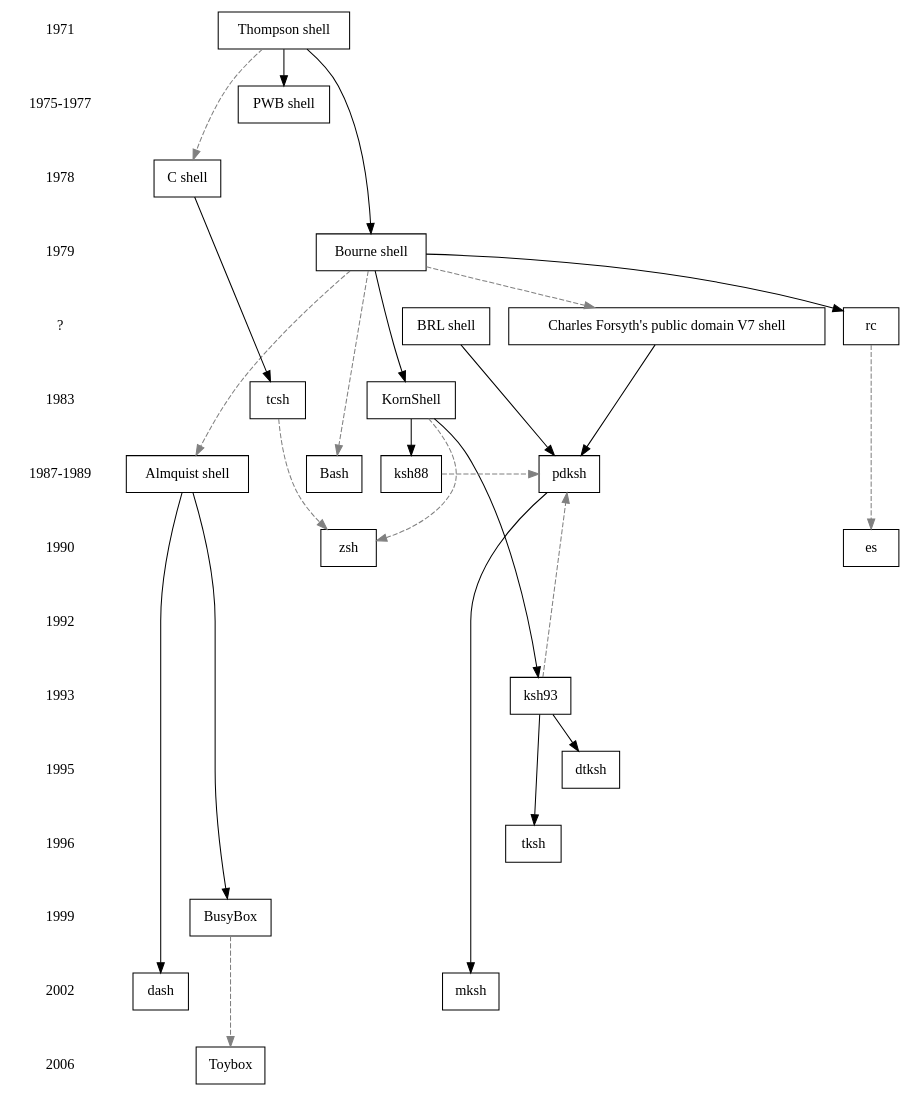
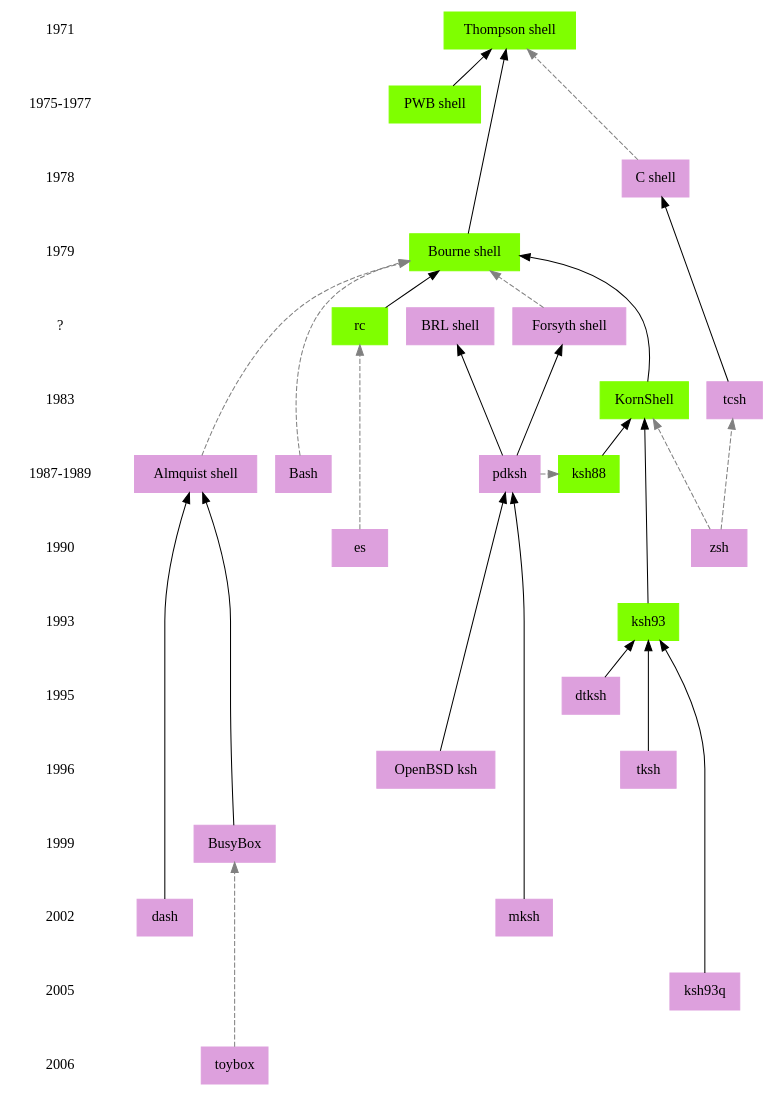
One commit to marcpaq/shellancestry changed the diagram in shellancestry.gv. Above: the diagram before and after it, drawn with Graphviz.

Commit message:
Added OpenBSD ksh, license colours, corrected ksh93.

```diff
--- a/shellancestry.gv
+++ b/shellancestry.gv
@@ -1,98 +1,138 @@
 digraph shells {
 
-    {
+{
         edge [ style = invis; ]
-            node [ shape = plaintext; ]
-            1971 -> "1975-1977" -> 1978 -> 1979 -> "?" -> 1983 -> "1987-1989" -> 1990 -> 1992 -> 1993 -> 1995 -> 1996 ->1999 -> 2002 -> 2006;
-    }
+        node [ shape = plaintext; ]
+        1971 -> "1975-1977" -> 1978 -> 1979 -> "?" -> 1983 -> "1987-1989" -> 1990 -> 1993 -> 1995 -> 1996 ->1999 -> 2002 -> 2005 -> 2006;
+}
 
-    edge [ style = solid; ]
-    node [ shape = box; ]
+edge [ style = solid; ]
+node [ shape = box; ]
 
-    /* https://en.wikipedia.org/wiki/Thompson_shell */
-    { rank = same; 1971; "Thompson shell"; }
-    "Thompson shell" -> "Bourne shell";
-    "Thompson shell" -> "PWB shell";
+/*
 
-    /* https://en.wikipedia.org/wiki/PWB_shell */
-    { rank = same; "1975-1977"; "PWB shell"; }
+Proprietary licenses
 
-    /* https://en.wikipedia.org/wiki/C_shell */
-    { rank = same; 1978; "C shell"; }
-    "C shell" -> tcsh;
-    
-    /* https://en.wikipedia.org/wiki/Bourne_shell */
-    { rank = same; 1979; "Bourne shell"; }
-    "Bourne shell" -> "KornShell";
-    "Bourne shell" -> "rc";
+*/
+node [ style=filled, color=chartreuse ];
 
-    /* https://web.archive.org/web/20040216045828/web.cs.mun.ca/~michael/pdksh/ */
-    { rank = same; "?"; "Charles Forsyth's public domain V7 shell"; "BRL shell"; }
-    { "Charles Forsyth's public domain V7 shell" -> pdksh; }
-    { "BRL shell" -> pdksh; }
+/* https://en.wikipedia.org/wiki/Thompson_shell */
+{ rank = same; 1971; "Thompson shell"; }
 
-    /* https://groups.google.com/forum/?hl=en#!msg/net.sources/BC0V7oosT8k/MKNdzEG_c3AJ */
-    { rank = same; 1983; tcsh; }
+/* https://en.wikipedia.org/wiki/PWB_shell */
+/* https://grosskurth.ca/bib/1976/mashey-command.pdf */
+/* https://groups.google.com/forum/#!original/net.unix-wizards/k1FW4s0X7jw/4GNAGTPHLXQJ */
+{ rank = same; "1975-1977"; "PWB shell"; }
 
-    /* https://en.wikipedia.org/wiki/KornShell */
-    { rank = same; 1983; "KornShell"; }
-    "KornShell" -> "ksh88";
-    "KornShell" -> "ksh93";
-    { rank = same; "1987-1989"; "ksh88"; }
-    { rank = same; 1993; "ksh93"; }
-    "ksh93" -> dtksh;
-    "ksh93" -> tksh;
+/* https://en.wikipedia.org/wiki/Bourne_shell */
+{ rank = same; 1979; "Bourne shell"; }
 
-    /* https://en.wikipedia.org/wiki/Almquist_shell */
-    { rank = same; "1987-1989"; "Almquist shell"; }
-    "Almquist shell" -> dash;
-    "Almquist shell" -> BusyBox;
+/* https://en.wikipedia.org/wiki/Plan_9_from_Bell_Labs */
+{ rank = same; "?" ; rc; }
 
-    { rank = same; 2002; dash; }
+/* https://en.wikipedia.org/wiki/KornShell */
+{ rank = same; 1983; "KornShell"; }
+{ rank = same; "1987-1989"; "ksh88"; }
 
-    /* https://web.archive.org/web/20040216045828/web.cs.mun.ca/~michael/pdksh/ */
-    /* https://web.archive.org/web/20040227010520/http://web.cs.mun.ca:80/~michael/pdksh/CONTRIBUTORS */
-    { rank = same; "1987-1989"; pdksh; }
-    pdksh -> mksh;
-    
-    /* https://en.wikipedia.org/wiki/Bash_(Unix_shell) */
-    { rank = same; "1987-1989"; Bash; }
+/* https://en.wikipedia.org/wiki/KornShell */
+{ rank = same; 1993; "ksh93"; }
 
-    /* https://stuff.mit.edu/afs/sipb/user/yandros/doc/es-usenix-winter93.html */
-    { rank = same; 1990; es; }
-    
-    /* https://groups.google.com/forum/#!msg/alt.sources/tVgN49u8Ax4/7VgQlHZ4bJMJ */
-    /* http://zsh.sourceforge.net/FAQ/zshfaq01.html#l1 */
-    { rank = same; 1990; zsh; }
+/*
 
-    /* https://en.wikipedia.org/wiki/Plan_9_from_Bell_Labs */
-    { rank = same; "?" ; rc; }
+Open, free, public licenses
 
-    /* https://books.google.ca/books?id=O6xQAAAAMAAJ&q=Desktop+Korn+Shell+Graphical+Programming+For+the+Common+Desktop+Environment+Version+1.0&dq=Desktop+Korn+Shell+Graphical+Programming+For+the+Common+Desktop+Environment+Version+1.0&hl=en&sa=X&ved=0ahUKEwjjg9Tp0MXeAhXK34MKHeoZB74Q6AEIKTAA */
-    { rank = same; 1995; dtksh; }
+*/
+node [ style=filled, color=plum ];
 
-    /* https://www.usenix.org/legacy/publications/library/proceedings/tcl96/full_papers/korn/index.html */
-    { rank = same; 1996; tksh; }
+/* https://en.wikipedia.org/wiki/C_shell */
+{ rank = same; 1978; "C shell"; }
 
-    /* https://en.wikipedia.org/wiki/BusyBox */
-    { rank = same; 1999; BusyBox; }
-    
-    /* https://en.wikipedia.org/wiki/MirOS_BSD */
-    { rank = same; 2002; mksh; }
+/* https://web.archive.org/web/20040216045828/web.cs.mun.ca/~michael/pdksh/ */
+{ rank = same; "?"; "Forsyth shell"; "BRL shell"; }
 
-    /* https://en.wikipedia.org/wiki/Toybox */
-    { rank = same; 2006; Toybox; }
-    
-    edge [ style = dashed; color = grey; ];
-    ksh88 -> pdksh;
-    ksh93 -> pdksh;
-    KornShell -> zsh;
-    tcsh -> zsh;
-    "Bourne shell" -> "Charles Forsyth's public domain V7 shell";
-    "Bourne shell" -> "Bash";
-    "Bourne shell" -> "Almquist shell";
-    "Thompson shell" -> "C shell";
-    rc -> es;
-    BusyBox -> Toybox;
-    
+/* https://groups.google.com/forum/?hl=en#!msg/net.sources/BC0V7oosT8k/MKNdzEG_c3AJ */
+{ rank = same; 1983; tcsh; }
+
+/* https://en.wikipedia.org/wiki/Almquist_shell */
+{ rank = same; "1987-1989"; "Almquist shell"; }
+
+/* https://en.wikipedia.org/wiki/KornShell */
+{ rank = same; 2005; "ksh93q"; }
+
+{ rank = same; 2002; dash; }
+
+/* https://web.archive.org/web/20040216045828/web.cs.mun.ca/~michael/pdksh/ */
+/* https://web.archive.org/web/20040227010520/http://web.cs.mun.ca:80/~michael/pdksh/CONTRIBUTORS */
+{ rank = same; "1987-1989"; pdksh; }
+
+/* https://en.wikipedia.org/wiki/Bash_(Unix_shell) */
+{ rank = same; "1987-1989"; Bash; }
+
+/* https://stuff.mit.edu/afs/sipb/user/yandros/doc/es-usenix-winter93.html */
+{ rank = same; 1990; es; }
+
+/* https://groups.google.com/forum/#!msg/alt.sources/tVgN49u8Ax4/7VgQlHZ4bJMJ */
+/* http://zsh.sourceforge.net/FAQ/zshfaq01.html#l1 */
+{ rank = same; 1990; zsh; }
+
+/* https://books.google.ca/books?id=O6xQAAAAMAAJ&q=Desktop+Korn+Shell+Graphical+Programming+For+the+Common+Desktop+Environment+Version+1.0&dq=Desktop+Korn+Shell+Graphical+Programming+For+the+Common+Desktop+Environment+Version+1.0&hl=en&sa=X&ved=0ahUKEwjjg9Tp0MXeAhXK34MKHeoZB74Q6AEIKTAA */
+{ rank = same; 1995; dtksh; }
+
+/* https://www.usenix.org/legacy/publications/library/proceedings/tcl96/full_papers/korn/index.html */
+{ rank = same; 1996; tksh; }
+
+/* https://en.wikipedia.org/wiki/BusyBox */
+{ rank = same; 1999; BusyBox; }
+
+/* https://en.wikipedia.org/wiki/MirOS_BSD */
+{ rank = same; 2002; mksh; }
+
+/* https://en.wikipedia.org/wiki/toybox */
+/* http://www.landley.net/toybox */
+{ rank = same; 2006; toybox; }
+
+/* http://man.openbsd.org/ksh */
+{ rank = same; 1996; "OpenBSD ksh"; }
+
+/*
+
+Uses source code from
+
+*/
+edge [ style = solid; color = black; ];
+
+"Bourne shell" -> "Thompson shell";
+"BusyBox" -> "Almquist shell";
+"KornShell" -> "Bourne shell";
+"OpenBSD ksh" -> "pdksh";
+"PWB shell" -> "Thompson shell";
+"dash" -> "Almquist shell";
+"dtksh" -> "ksh93";
+"ksh88" -> "KornShell";
+"ksh93" -> "KornShell";
+"ksh93q" -> "ksh93";
+"mksh" -> "pdksh";
+"pdksh" -> "BRL shell";
+"pdksh" -> "Forsyth shell";
+"rc" -> "Bourne shell";
+"tcsh" -> "C shell";
+"tksh" -> "ksh93";
+
+/*
+
+Influenced by/clean reimplementation of
+
+*/
+edge [ style = dashed; color = grey; ];
+
+"pdksh" -> ksh88;
+"zsh" -> KornShell;
+"zsh" -> tcsh;
+"Forsyth shell" -> "Bourne shell" ;
+"Bash" -> "Bourne shell";
+"Almquist shell" -> "Bourne shell";
+"C shell" -> "Thompson shell";
+"es" -> "rc";
+"toybox" -> BusyBox;
+
 }
```
